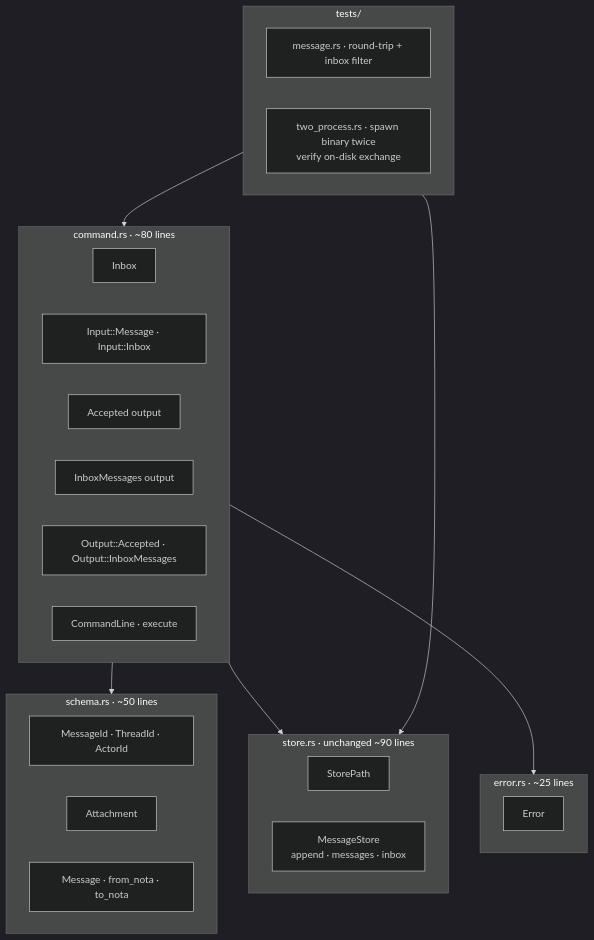
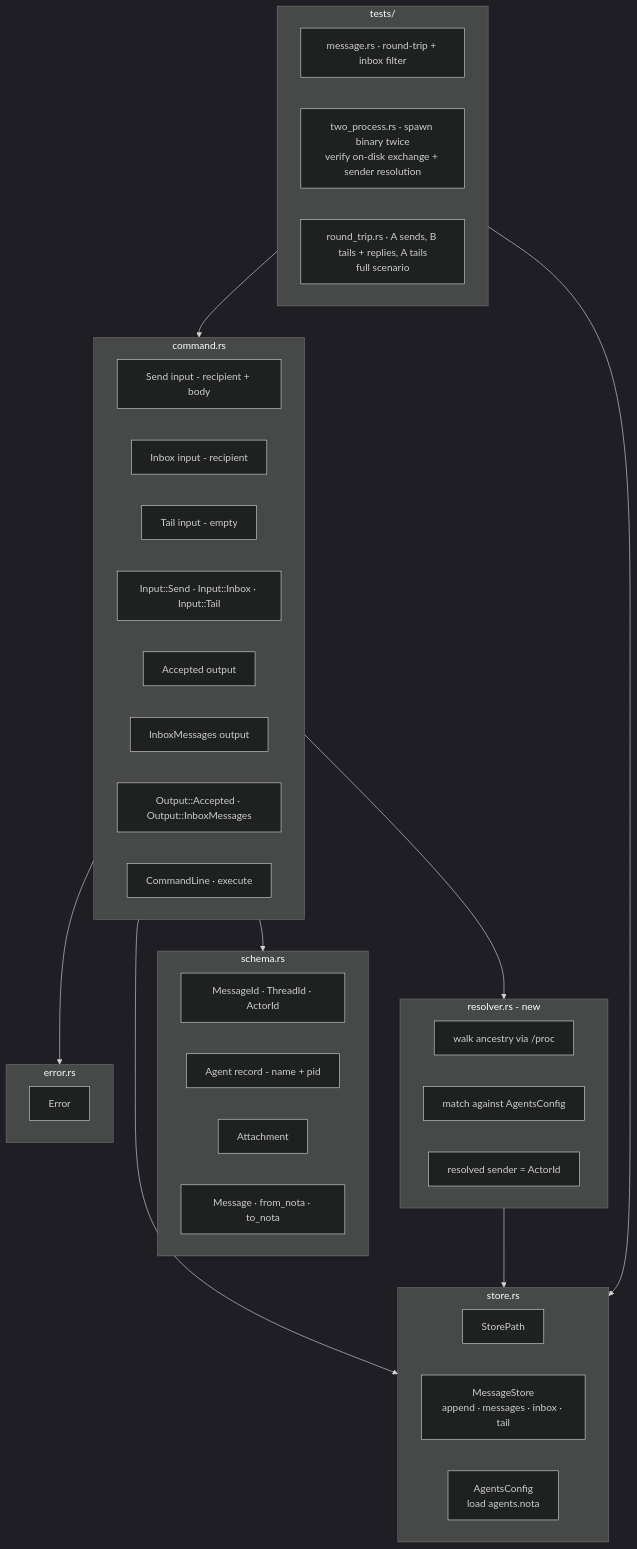
One commit to LiGoldragon/primary changed the third of 3 diagrams in reports/designer/2026-05-06-persona-message-audit.md. Above: the diagram before and after it, drawn with Mermaid (dark theme). The commit also changed other lines of this file, not shown here.

Commit message:
persona-message audit: round-trip scenario, sender identity, agents config, tail mode

````diff
--- a/reports/designer/2026-05-06-persona-message-audit.md
+++ b/reports/designer/2026-05-06-persona-message-audit.md
@@ -287,37 +461,50 @@
 ```mermaid
 flowchart TB
-    subgraph schema[schema.rs · ~50 lines]
+    subgraph schema[schema.rs]
         msgId[MessageId · ThreadId · ActorId]
+        agentRec[Agent record - name + pid]
         att[Attachment]
         msg[Message · from_nota · to_nota]
     end
 
-    subgraph cmd[command.rs · ~80 lines]
-        inboxRec[Inbox]
-        input[Input::Message · Input::Inbox]
+    subgraph cmd[command.rs]
+        sendRec[Send input - recipient + body]
+        inboxRec[Inbox input - recipient]
+        tailRec[Tail input - empty]
+        input[Input::Send · Input::Inbox · Input::Tail]
         accepted[Accepted output]
         inboxOut[InboxMessages output]
         output[Output::Accepted · Output::InboxMessages]
         cliShape[CommandLine · execute]
     end
 
-    subgraph store[store.rs · unchanged ~90 lines]
-        sp[StorePath]
-        ms[MessageStore<br/>append · messages · inbox]
+    subgraph resolver[resolver.rs - new]
+        ancestry[walk ancestry via /proc]
+        match[match against AgentsConfig]
+        sender[resolved sender = ActorId]
     end
 
-    subgraph err[error.rs · ~25 lines]
+    subgraph store[store.rs]
+        sp[StorePath]
+        ms[MessageStore<br/>append · messages · inbox · tail]
+        ac[AgentsConfig<br/>load agents.nota]
+    end
+
+    subgraph err[error.rs]
         e[Error]
     end
 
     subgraph testsBlock[tests/]
         t1[message.rs · round-trip + inbox filter]
-        t2[two_process.rs · spawn binary twice<br/>verify on-disk exchange]
+        t2[two_process.rs · spawn binary twice<br/>verify on-disk exchange + sender resolution]
+        t3[round_trip.rs · A sends, B tails + replies, A tails<br/>full scenario]
     end
 
     cmd --> schema
     cmd --> store
+    cmd --> resolver
+    resolver --> store
     cmd --> err
     testsBlock --> cmd
     testsBlock --> store
 ```
````
